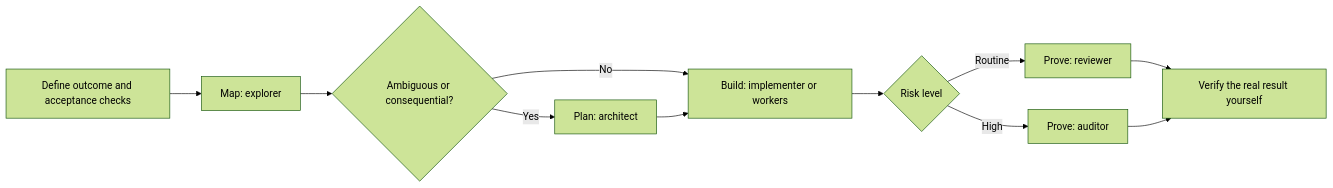
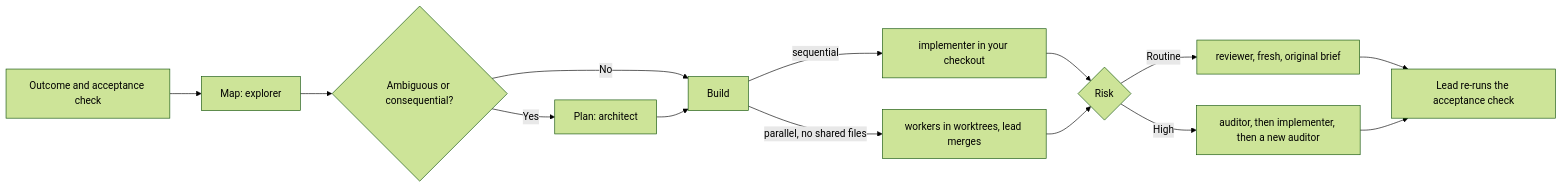
One commit to dextee/claude-agent-team-guide changed the diagram in README.md. Above: the diagram before and after it, drawn with Mermaid (forest theme). The commit also changed other lines of this file and 56 other files, not shown here.

````diff
--- a/README.md
+++ b/README.md
@@ -86,13 +130,16 @@
 ```mermaid
 flowchart LR
-    A[Define outcome and acceptance checks] --> M[Map: explorer]
+    A[Outcome and acceptance check] --> M[Map: explorer]
     M --> Q{Ambiguous or consequential?}
     Q -->|Yes| P[Plan: architect]
-    Q -->|No| B[Build: implementer or workers]
+    Q -->|No| B[Build]
     P --> B
-    B --> R{Risk level}
-    R -->|Routine| V[Prove: reviewer]
-    R -->|High| U[Prove: auditor]
-    V --> D[Verify the real result yourself]
+    B -->|sequential| I[implementer in your checkout]
+    B -->|parallel, no shared files| W[workers in worktrees, lead merges]
+    I --> R{Risk}
+    W --> R
+    R -->|Routine| V[reviewer, fresh, original brief]
+    R -->|High| U[auditor, then implementer, then a new auditor]
+    V --> D[Lead re-runs the acceptance check]
     U --> D
 ```
````
